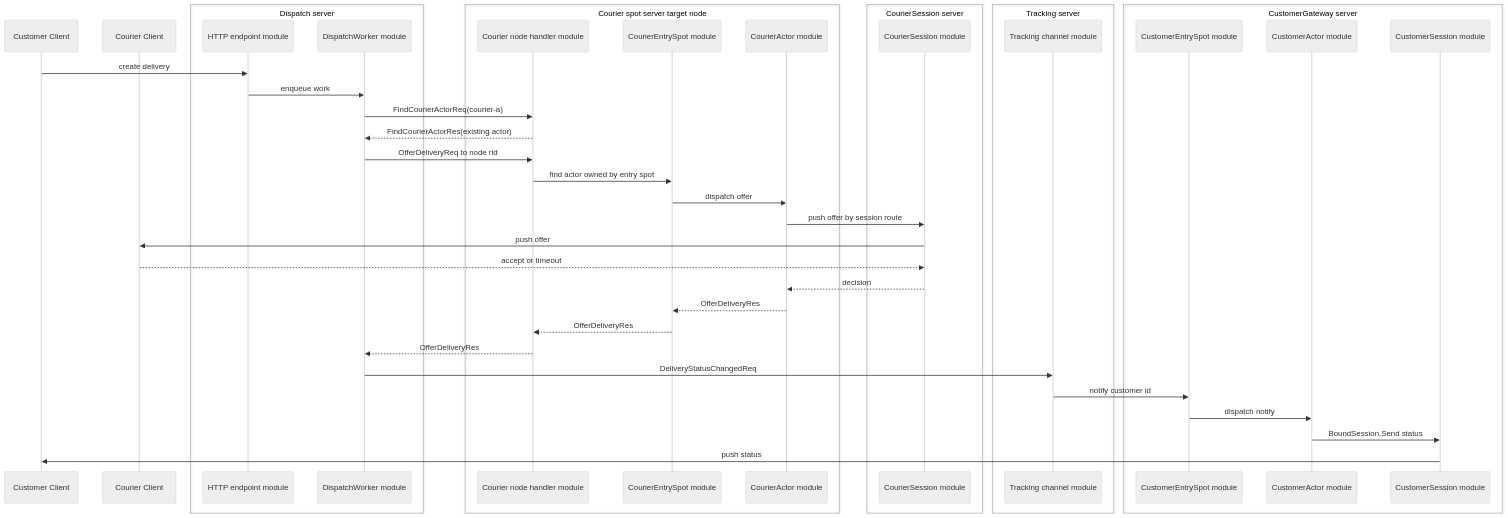
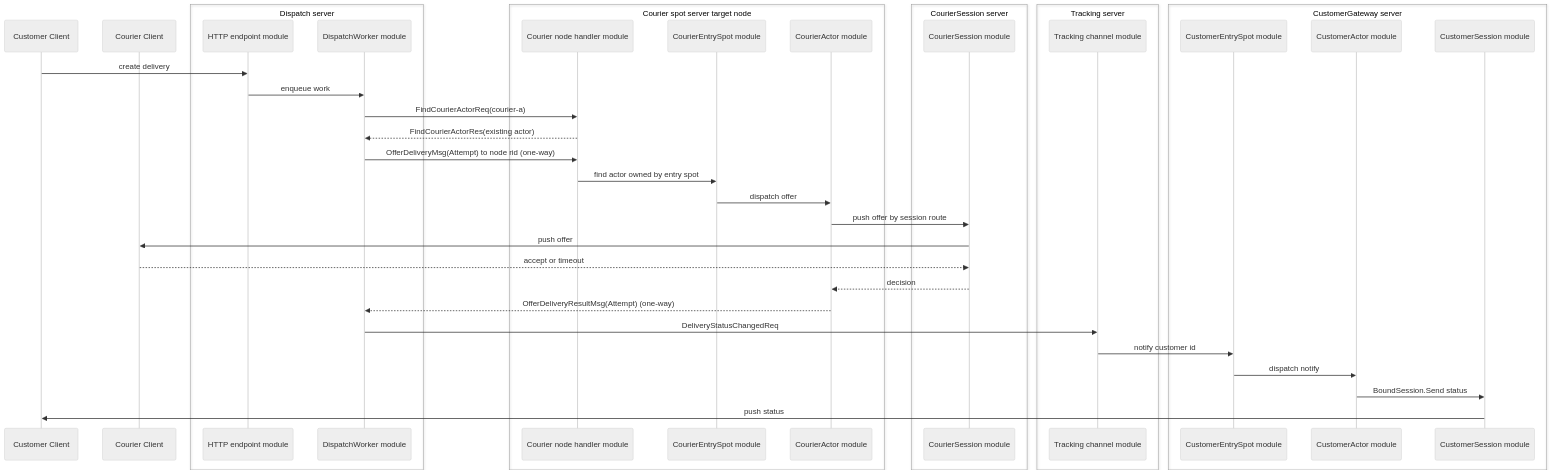
Before and after one commit to kairos-code-dev/zlink: the fourth of 4 diagrams in framework/languages/dotnet/samples/DeliveryDispatch/README.ko.md, drawn with Mermaid (neutral theme). The commit also changed other lines of this file and 31 other files, not shown here.

Commit message:
feat(dotnet): configure DeliveryDispatch roles from files

````diff
--- a/framework/languages/dotnet/samples/DeliveryDispatch/README.ko.md
+++ b/framework/languages/dotnet/samples/DeliveryDispatch/README.ko.md
@@ -284,50 +284,48 @@
 ```mermaid
 sequenceDiagram
     participant CustomerClient as Customer Client
     participant CourierClient as Courier Client
 
     box Dispatch server
         participant DispatchHttp as HTTP endpoint module
         participant DispatchWorker as DispatchWorker module
     end
 
     box Courier spot server target node
         participant CourierRoute as Courier node handler module
         participant CourierEntry as CourierEntrySpot module
         participant CourierActor as CourierActor module
     end
 
     box CourierSession server
         participant CourierSession as CourierSession module
     end
 
     box Tracking server
         participant Tracking as Tracking channel module
     end
 
     box CustomerGateway server
         participant CustomerEntry as CustomerEntrySpot module
         participant CustomerActor as CustomerActor module
         participant CustomerSession as CustomerSession module
     end
 
     CustomerClient->>DispatchHttp: create delivery
     DispatchHttp->>DispatchWorker: enqueue work
     DispatchWorker->>CourierRoute: FindCourierActorReq(courier-a)
     CourierRoute-->>DispatchWorker: FindCourierActorRes(existing actor)
-    DispatchWorker->>CourierRoute: OfferDeliveryReq to node rid
+    DispatchWorker->>CourierRoute: OfferDeliveryMsg(Attempt) to node rid (one-way)
     CourierRoute->>CourierEntry: find actor owned by entry spot
     CourierEntry->>CourierActor: dispatch offer
     CourierActor->>CourierSession: push offer by session route
     CourierSession->>CourierClient: push offer
     CourierClient-->>CourierSession: accept or timeout
     CourierSession-->>CourierActor: decision
-    CourierActor-->>CourierEntry: OfferDeliveryRes
-    CourierEntry-->>CourierRoute: OfferDeliveryRes
-    CourierRoute-->>DispatchWorker: OfferDeliveryRes
+    CourierActor-->>DispatchWorker: OfferDeliveryResultMsg(Attempt) (one-way)
     DispatchWorker->>Tracking: DeliveryStatusChangedReq
     Tracking->>CustomerEntry: notify customer id
     CustomerEntry->>CustomerActor: dispatch notify
     CustomerActor->>CustomerSession: BoundSession.Send status
     CustomerSession->>CustomerClient: push status
 ```
````
